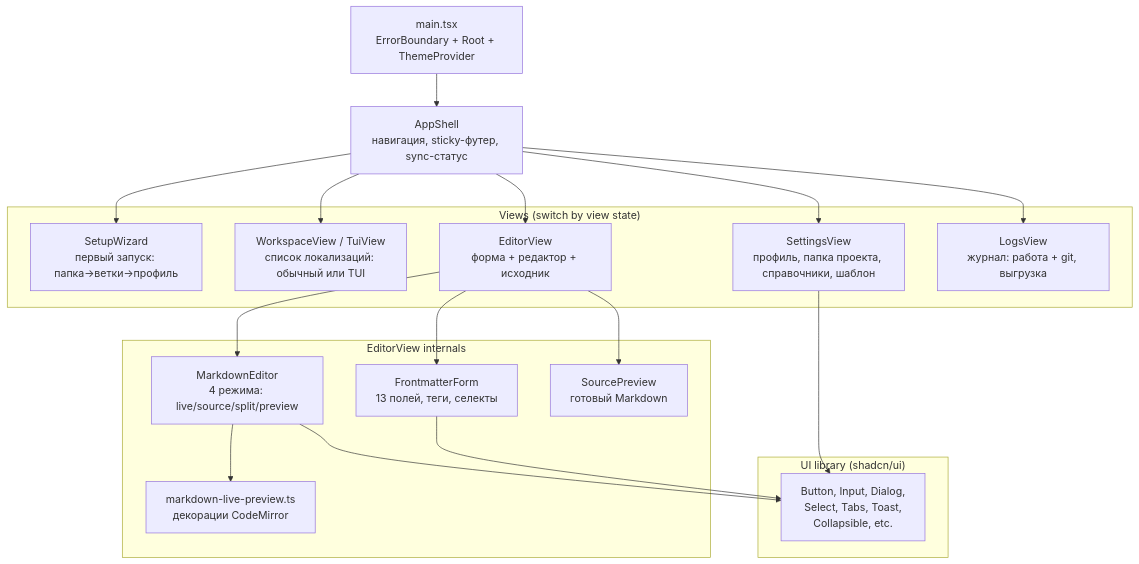
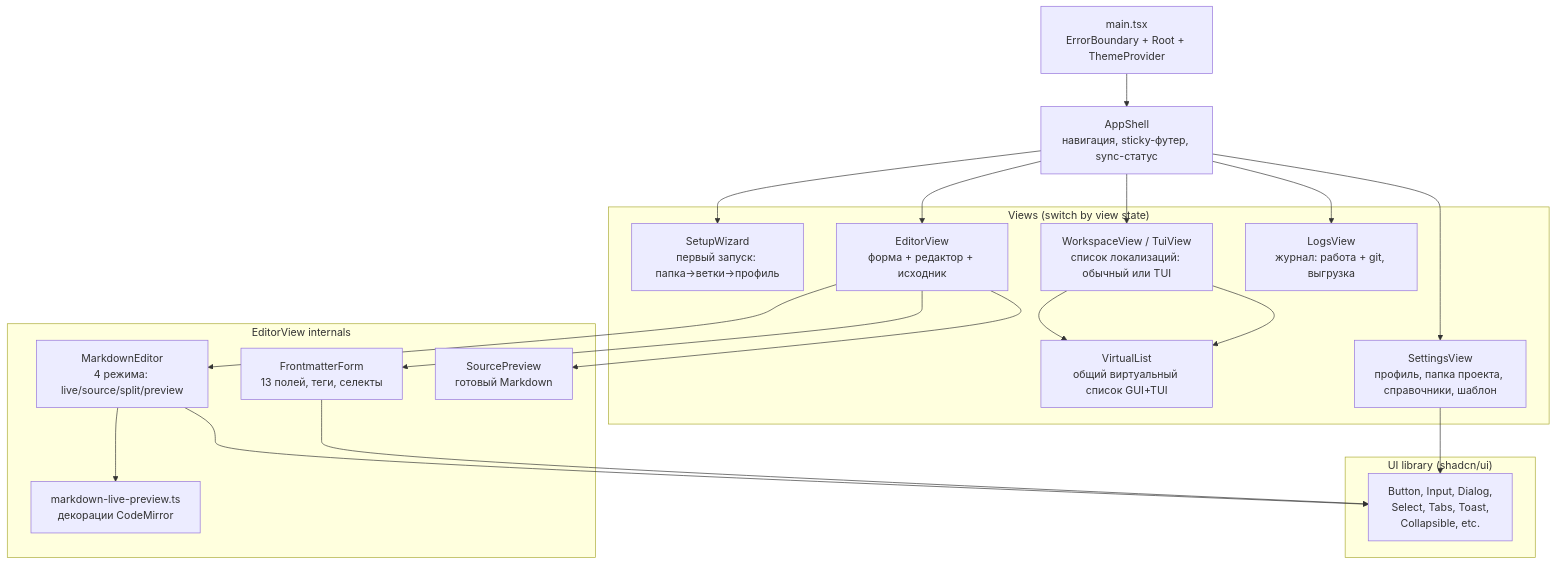
Before and after one commit to artamonovav/ids: the second of 20 diagrams in ARCHITECTURE.md, drawn with Mermaid. The commit also changed 1 other file, not shown here.

Commit message:
docs: v0.3.5 — секции сортировки/НЕ СИНХР/Enter, главное; ARCHITECTURE — VirtualList

````diff
--- a/ARCHITECTURE.md
+++ b/ARCHITECTURE.md
@@ -51,41 +51,44 @@
 ```mermaid
 graph TD
     MAIN[main.tsx<br/>ErrorBoundary + Root + ThemeProvider]
     APP[AppShell<br/>навигация, sticky-футер, sync-статус]
 
     MAIN --> APP
 
     subgraph "Views (switch by view state)"
         SETUP[SetupWizard<br/>первый запуск: папка→ветки→профиль]
         WORK[WorkspaceView / TuiView<br/>список локализаций: обычный или TUI]
+        VLIST[VirtualList<br/>общий виртуальный список GUI+TUI]
         EDITOR[EditorView<br/>форма + редактор + исходник]
         SETTINGS[SettingsView<br/>профиль, папка проекта, справочники, шаблон]
         LOGS[LogsView<br/>журнал: работа + git, выгрузка]
     end
 
     APP --> SETUP
     APP --> WORK
     APP --> EDITOR
     APP --> SETTINGS
     APP --> LOGS
+    WORK --> VLIST
+    WORK --> VLIST
 
     subgraph "EditorView internals"
         FM[FrontmatterForm<br/>13 полей, теги, селекты]
         MD[MarkdownEditor<br/>4 режима: live/source/split/preview]
         LIVE[markdown-live-preview.ts<br/>декорации CodeMirror]
         SRC[SourcePreview<br/>готовый Markdown]
     end
 
     EDITOR --> FM
     EDITOR --> MD
     EDITOR --> SRC
     MD --> LIVE
 
     subgraph "UI library (shadcn/ui)"
         UI[Button, Input, Dialog,<br/>Select, Tabs, Toast,<br/>Collapsible, etc.]
     end
 
     FM --> UI
     MD --> UI
     SETTINGS --> UI
 ```
````
